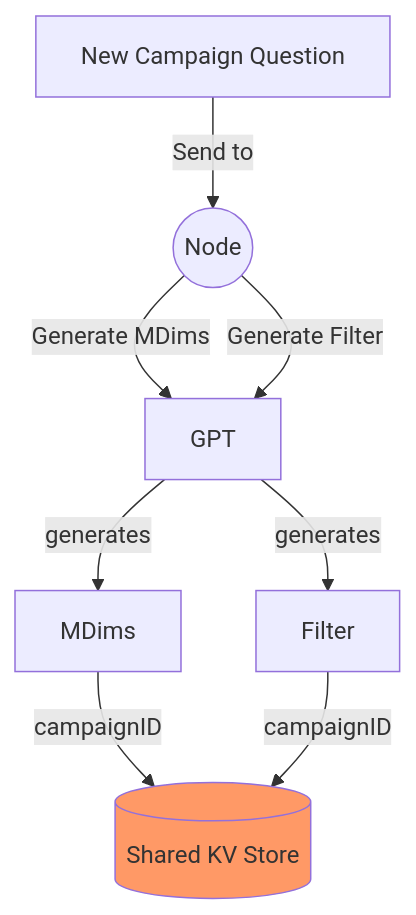
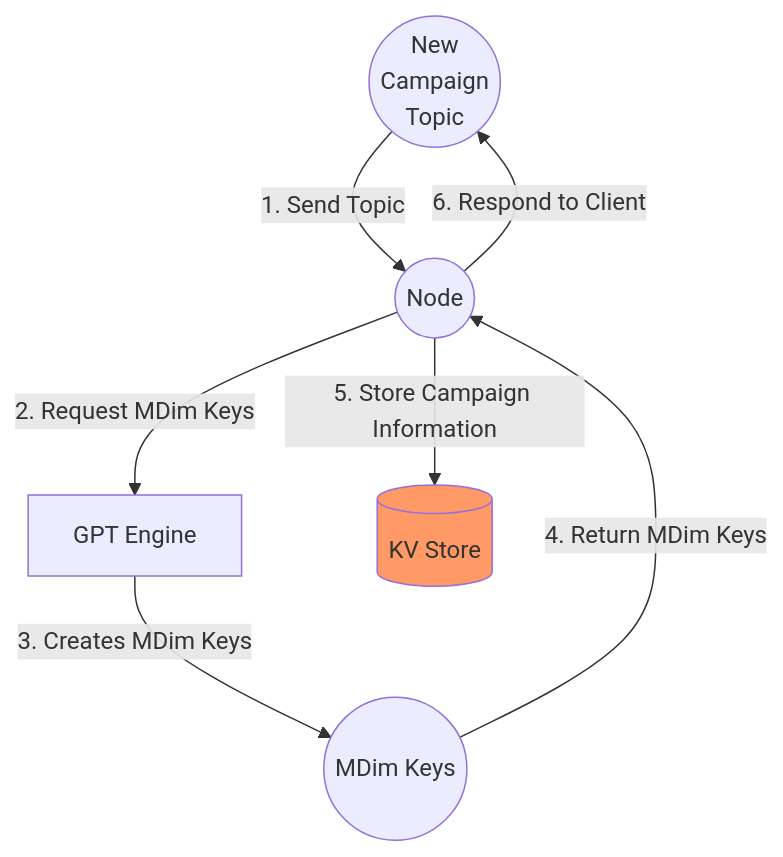
The third of 8 diagrams in README.md (L0Lmaker/DistributedSemanticAnalysis), drawn with Mermaid before and after one commit. The commit also changed other lines of this file, not shown here.

````diff
--- a/README.md
+++ b/README.md
@@ -150,19 +241,18 @@
 ```mermaid
 flowchart TD
-    QI[New Campaign Question]
+    QI((New <br/> Campaign <br/> Topic))
     ND((Node))
-    GPT[GPT]
-    MDIMS[MDims]
-    FT[Filter]
-    
-    QI --> |Send to| ND
-    ND --> |Generate MDims| GPT
-    ND --> |Generate Filter| GPT
-    GPT --> |generates| MDIMS
-    GPT --> |generates| FT
-    MDIMS --> |campaignID| SharedKV[(Shared KV Store)]
-    FT --> |campaignID| SharedKV[(Shared KV Store)]
-    
+    GPT[GPT Engine]
+    MDIMS((MDim Keys))
+    SharedKV[(KV Store)]
+
+    QI --> |1. Send Topic| ND
+    ND --> |2. Request MDim Keys| GPT
+    GPT --> |3. Creates MDim Keys| MDIMS
+    MDIMS --> |4. Return MDim Keys| ND
+    ND --> |5. Store Campaign Information| SharedKV
+    ND --> |6. Respond to Client| QI
+
     classDef kvstore fill:#f96;
     class SharedKV kvstore;
 ```
````
